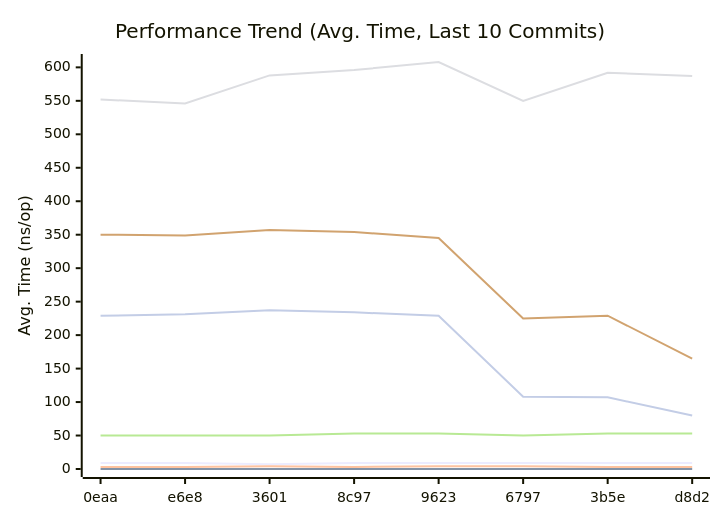
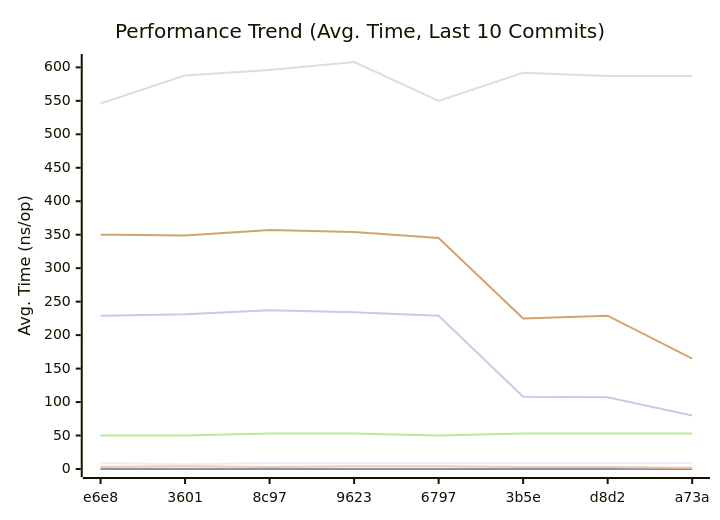
The first of 3 diagrams in docs/README.md (alsotoes/momo), drawn with Mermaid before and after one commit. The commit also changed other lines of this file and 1 other file, not shown here.

````diff
--- a/docs/README.md
+++ b/docs/README.md
@@ -303,14 +303,14 @@
 ```mermaid
 xychart-beta
     title "Performance Trend (Avg. Time, Last 10 Commits)"
     x-axis "Commit"
     y-axis "Avg. Time (ns/op)"
-    x-axis [0eaa,e6e8,3601,8c97,9623,6797,3b5e,d8d2]
-    line "CheckMetricsAndSwap" [9,9,7,9,9,9,9,9,9,9]
+    x-axis [e6e8,3601,8c97,9623,6797,3b5e,d8d2,a73a]
+    line "CheckMetricsAndSwap" [9,7,9,9,9,9,9,9,9,9]
     line "IndexDirectTracking" [0,0,0,0,0,0,0,0,0,0]
-    line "IndexSearch" [3,3,4,3,4,4,3,3,2,3]
-    line "LoadGlobalConfig" [552,546,588,596,608,550,592,587,587,522]
-    line "PadString" [50,50,50,53,53,50,53,53,53,50]
+    line "IndexSearch" [3,4,3,4,4,3,3,2,3,3]
+    line "LoadGlobalConfig" [546,588,596,608,550,592,587,587,522,529]
+    line "PadString" [50,50,53,53,50,53,53,53,50,50]
     line "ParseReplicationOrder_NoPrealloc" [350,349,357,354,345,225,229,165,232,234]
     line "ParseReplicationOrder_Prealloc" [229,231,237,234,229,108,107,80,110,109]
 ```
````
